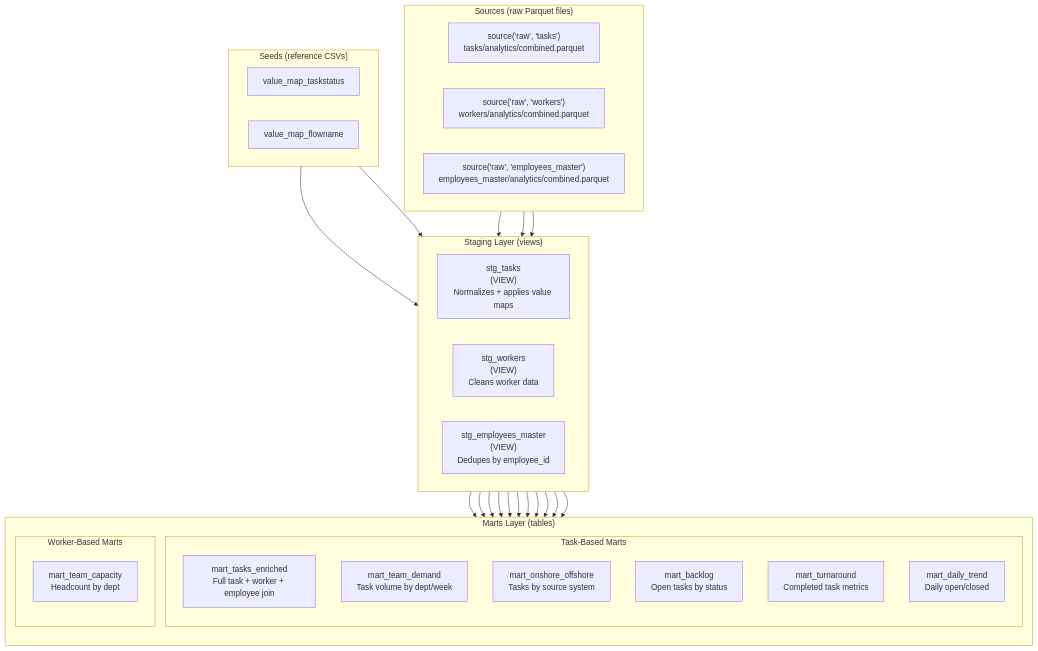
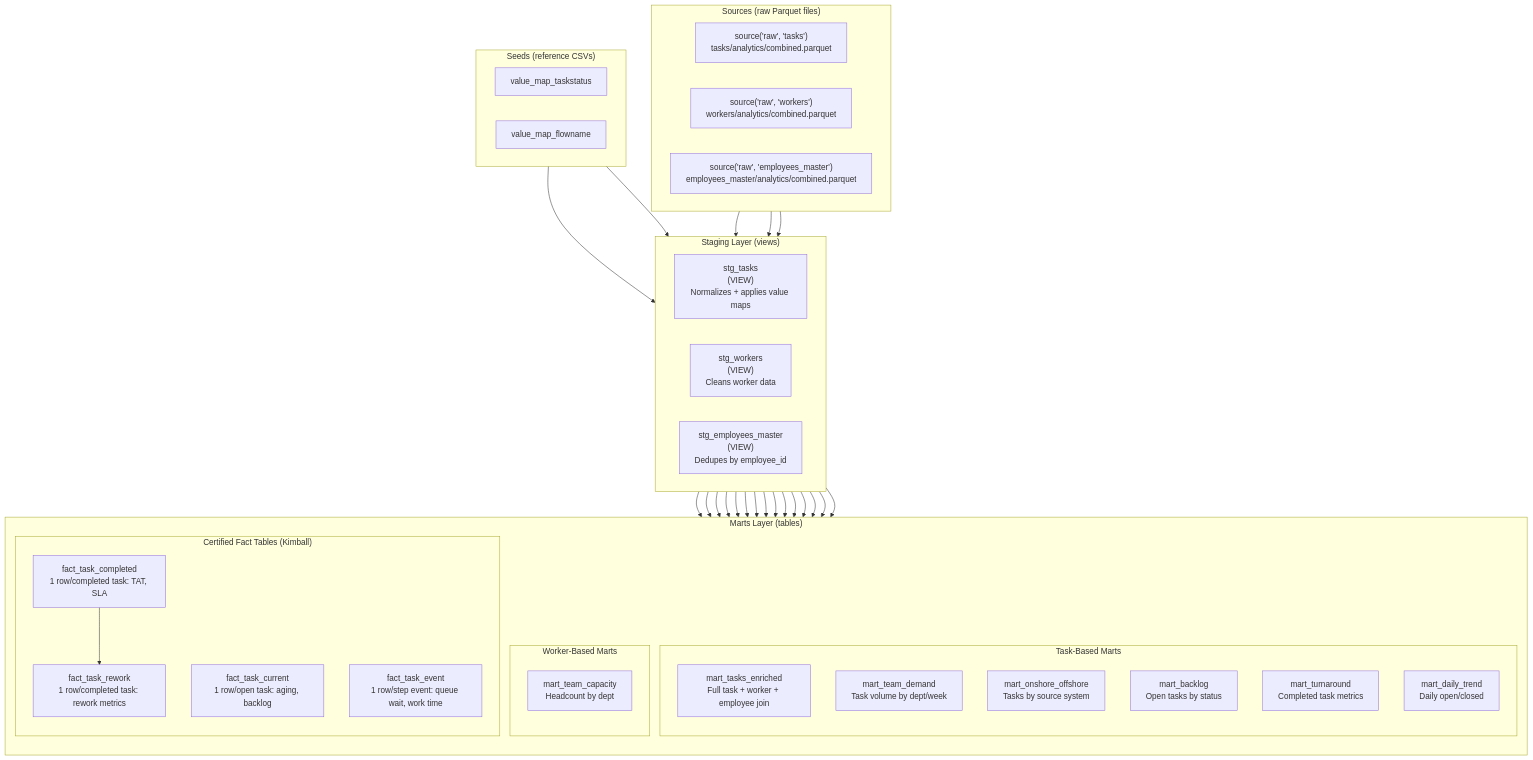
One commit to nnqtruong/ExcelIngestion changed the fifth of 6 diagrams in docs/DATA_FLOW_DIAGRAM.md. Above: the diagram before and after it, drawn with Mermaid. The commit also changed other lines of this file and 14 other files, not shown here.

````diff
--- a/docs/DATA_FLOW_DIAGRAM.md
+++ b/docs/DATA_FLOW_DIAGRAM.md
@@ -241,63 +241,77 @@
 ```mermaid
 flowchart TB
     subgraph SOURCES["Sources (raw Parquet files)"]
         direction LR
         S_TASKS["source('raw', 'tasks')<br/>tasks/analytics/combined.parquet"]
         S_WORKERS["source('raw', 'workers')<br/>workers/analytics/combined.parquet"]
         S_EMPLOYEES["source('raw', 'employees_master')<br/>employees_master/analytics/combined.parquet"]
     end
 
     subgraph SEEDS["Seeds (reference CSVs)"]
         direction LR
         SEED_STATUS["value_map_taskstatus"]
         SEED_FLOW["value_map_flowname"]
     end
 
     subgraph STAGING["Staging Layer (views)"]
         direction LR
         STG_TASKS["stg_tasks<br/>(VIEW)<br/>Normalizes + applies value maps"]
         STG_WORKERS["stg_workers<br/>(VIEW)<br/>Cleans worker data"]
         STG_EMPLOYEES["stg_employees_master<br/>(VIEW)<br/>Dedupes by employee_id"]
     end
 
     subgraph MARTS["Marts Layer (tables)"]
         direction TB
 
         subgraph TASK_MARTS["Task-Based Marts"]
             M_ENRICHED["mart_tasks_enriched<br/>Full task + worker + employee join"]
             M_DEMAND["mart_team_demand<br/>Task volume by dept/week"]
             M_OFFSHORE["mart_onshore_offshore<br/>Tasks by source system"]
             M_BACKLOG["mart_backlog<br/>Open tasks by status"]
             M_TURNAROUND["mart_turnaround<br/>Completed task metrics"]
             M_TREND["mart_daily_trend<br/>Daily open/closed"]
         end
 
         subgraph WORKER_MARTS["Worker-Based Marts"]
             M_CAPACITY["mart_team_capacity<br/>Headcount by dept"]
         end
+
+        subgraph FACT_TABLES["Certified Fact Tables (Kimball)"]
+            F_COMPLETED["fact_task_completed<br/>1 row/completed task: TAT, SLA"]
+            F_CURRENT["fact_task_current<br/>1 row/open task: aging, backlog"]
+            F_EVENT["fact_task_event<br/>1 row/step event: queue wait, work time"]
+            F_REWORK["fact_task_rework<br/>1 row/completed task: rework metrics"]
+        end
     end
 
     %% Source to Staging
     S_TASKS --> STG_TASKS
     S_WORKERS --> STG_WORKERS
     S_EMPLOYEES --> STG_EMPLOYEES
     SEED_STATUS --> STG_TASKS
     SEED_FLOW --> STG_TASKS
 
     %% Staging to Marts
     STG_TASKS --> M_ENRICHED
     STG_WORKERS --> M_ENRICHED
     STG_EMPLOYEES --> M_ENRICHED
 
     STG_TASKS --> M_DEMAND
     STG_WORKERS --> M_DEMAND
 
     STG_TASKS --> M_OFFSHORE
     STG_EMPLOYEES --> M_OFFSHORE
 
     STG_TASKS --> M_BACKLOG
     STG_TASKS --> M_TURNAROUND
     STG_TASKS --> M_TREND
 
     STG_WORKERS --> M_CAPACITY
+
+    %% Staging to Fact Tables
+    STG_TASKS --> F_COMPLETED
+    STG_TASKS --> F_CURRENT
+    STG_TASKS --> F_EVENT
+    F_COMPLETED --> F_REWORK
+    STG_TASKS --> F_REWORK
 ```
````
